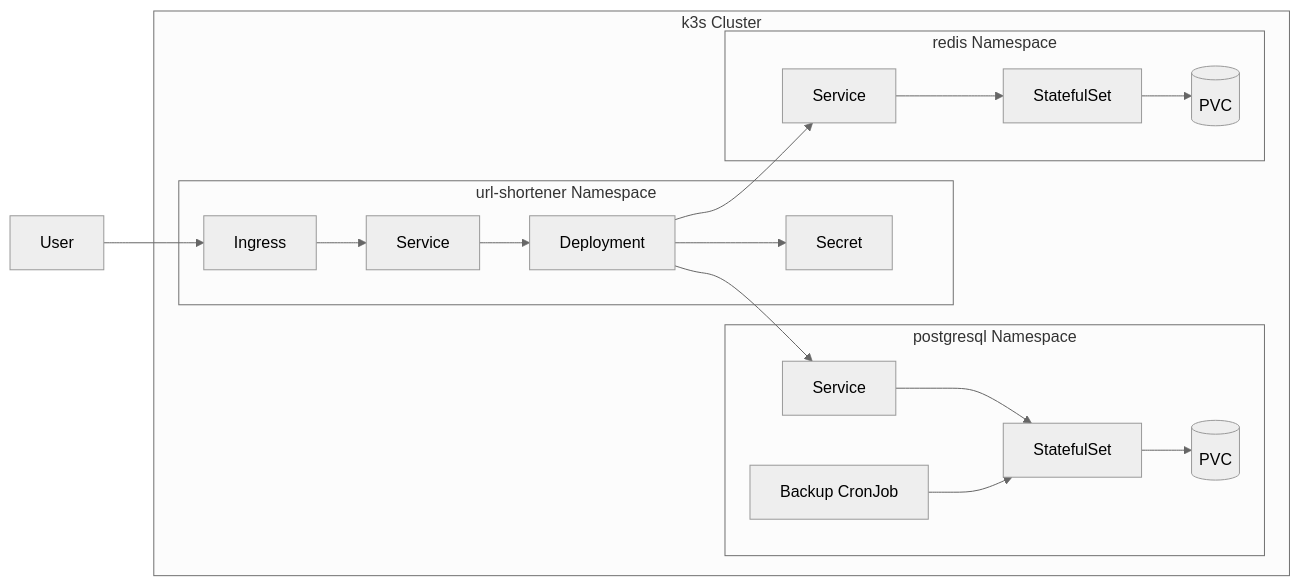
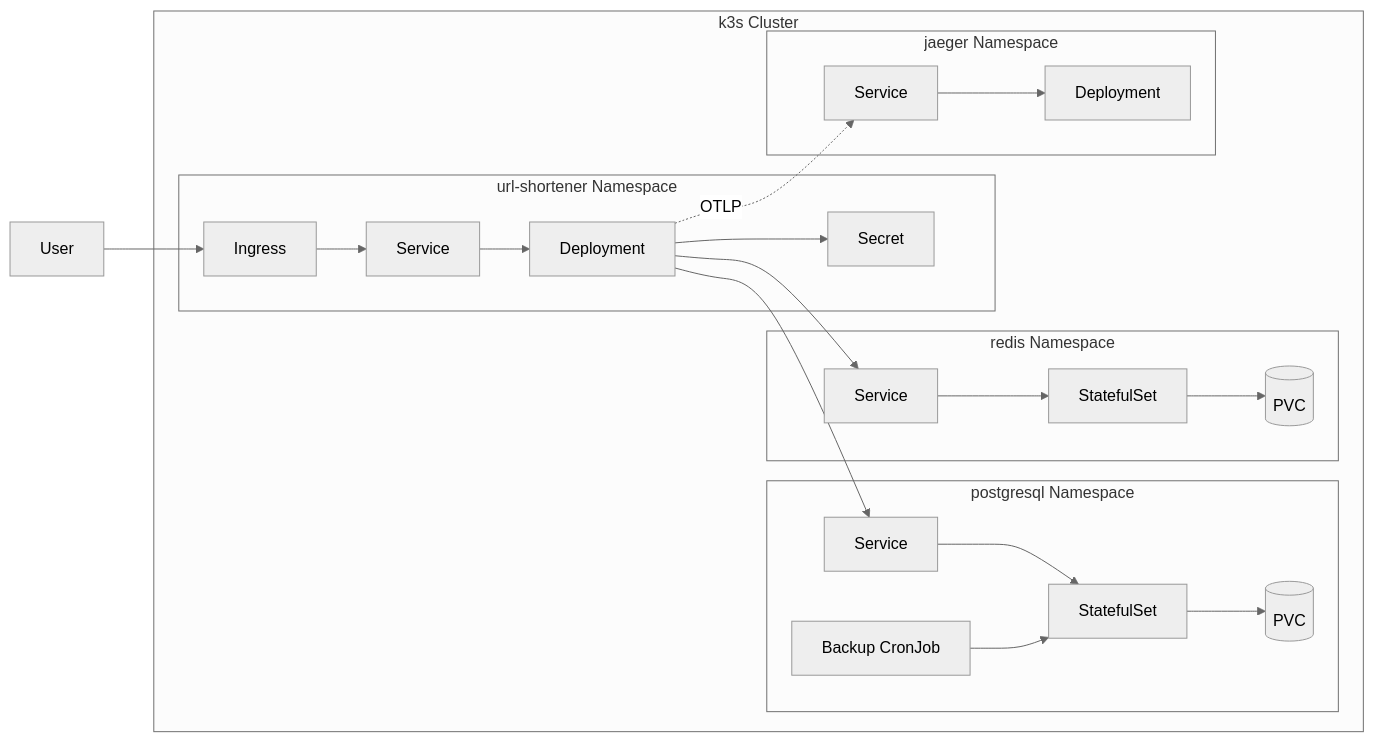
One commit to recepgunes1/Url-Shortener changed the second of 4 diagrams in MERMAIDS.md. Above: the diagram before and after it, drawn with Mermaid (neutral theme). The commit also changed 1 other file, not shown here.

Commit message:
bugfix jeager, improve charts

````diff
--- a/MERMAIDS.md
+++ b/MERMAIDS.md
@@ -43,33 +43,39 @@
 ```mermaid
 flowchart LR
  subgraph K8s["k3s Cluster"]
    subgraph AppNS["url-shortener Namespace"]
         A[Deployment]
         B[Service]
         C[Ingress]
         D[Secret]
     end
    subgraph PGNS["postgresql Namespace"]
         E[StatefulSet]
         F[Service]
         G[(PVC)]
         H[Backup CronJob]
     end
    subgraph RedisNS["redis Namespace"]
         I[StatefulSet]
         J[Service]
         K[(PVC)]
     end
+   subgraph JaegerNS["jaeger Namespace"]
+        L[Deployment]
+        M[Service]
+    end
   end
     U[User] --> C
     C --> B
     B --> A
     A --> D
     A --> F
     A --> J
+    A -.->|OTLP| M
     F --> E
     E --> G
     H --> E
     J --> I
     I --> K
+    M --> L
 ```
````
